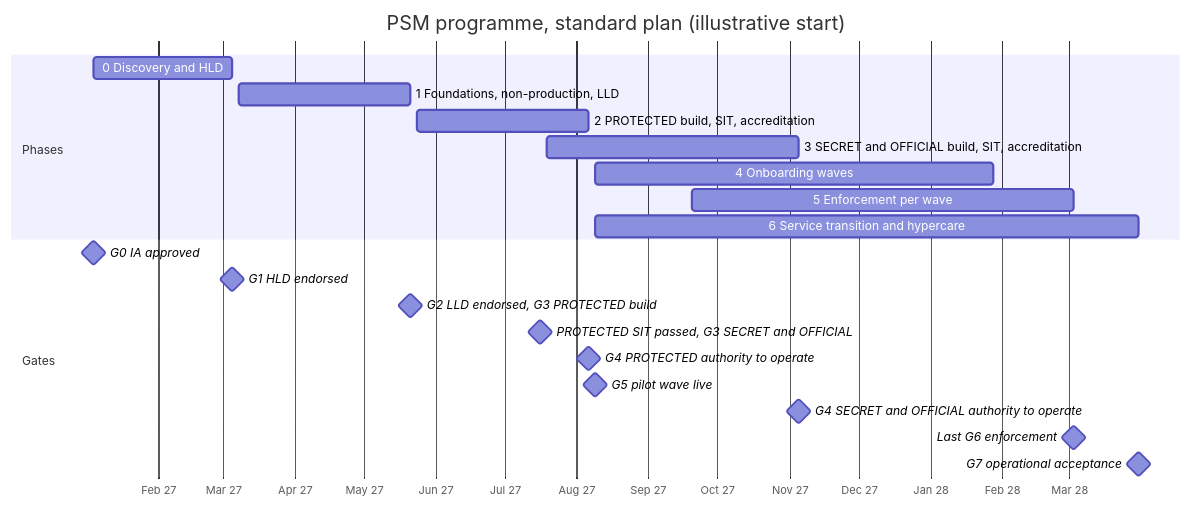
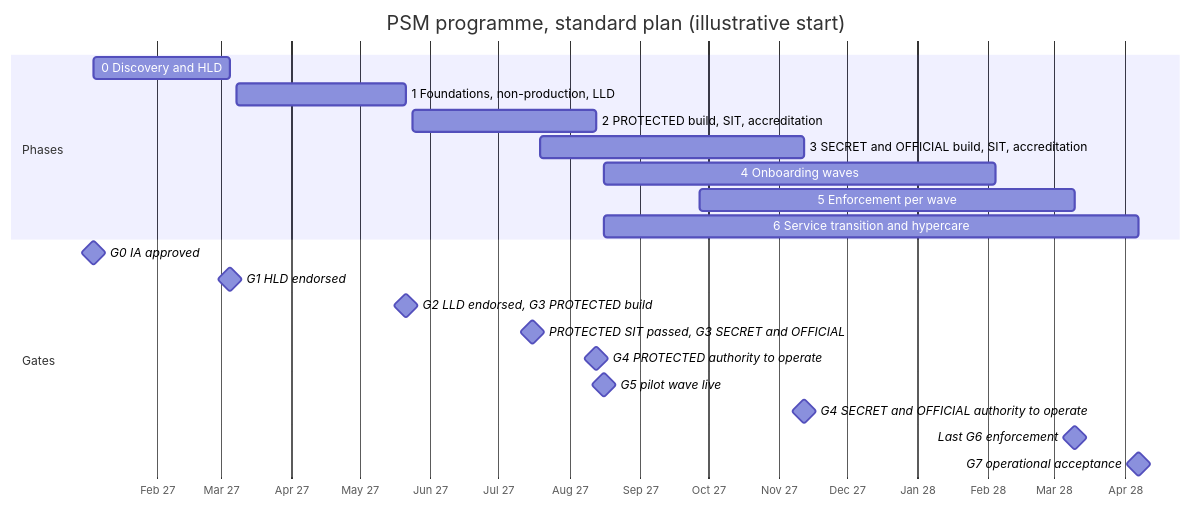
The tenth of 11 diagrams in docs/cyberark-psm/impact-assessment.md (cnampalli/CB-Raap-Vault), drawn with Mermaid before and after one commit. The commit also changed other lines of this file, not shown here.

````diff
--- a/docs/cyberark-psm/impact-assessment.md
+++ b/docs/cyberark-psm/impact-assessment.md
@@ -1598,24 +1595,24 @@
 ```mermaid
 gantt
     title PSM programme, standard plan (illustrative start)
     dateFormat YYYY-MM-DD
     axisFormat %b %y
     section Phases
     0 Discovery and HLD                     :p0, 2027-01-04, 2027-03-05
     1 Foundations, non-production, LLD      :p1, 2027-03-08, 2027-05-21
-    2 PROTECTED build, SIT, accreditation   :p2, 2027-05-24, 2027-08-06
-    3 SECRET and OFFICIAL build, SIT, accreditation :p3, 2027-07-19, 2027-11-05
-    4 Onboarding waves                      :p4, 2027-08-09, 2028-01-28
-    5 Enforcement per wave                  :p5, 2027-09-20, 2028-03-03
-    6 Service transition and hypercare      :p6, 2027-08-09, 2028-03-31
+    2 PROTECTED build, SIT, accreditation   :p2, 2027-05-24, 2027-08-13
+    3 SECRET and OFFICIAL build, SIT, accreditation :p3, 2027-07-19, 2027-11-12
+    4 Onboarding waves                      :p4, 2027-08-16, 2028-02-04
+    5 Enforcement per wave                  :p5, 2027-09-27, 2028-03-10
+    6 Service transition and hypercare      :p6, 2027-08-16, 2028-04-07
     section Gates
     G0 IA approved                          :milestone, g0, 2027-01-04, 0d
     G1 HLD endorsed                         :milestone, g1, 2027-03-05, 0d
     G2 LLD endorsed, G3 PROTECTED build     :milestone, g2, 2027-05-21, 0d
     PROTECTED SIT passed, G3 SECRET and OFFICIAL :milestone, s1, 2027-07-16, 0d
-    G4 PROTECTED authority to operate       :milestone, g4a, 2027-08-06, 0d
-    G5 pilot wave live                      :milestone, g5, 2027-08-09, 0d
-    G4 SECRET and OFFICIAL authority to operate :milestone, g4b, 2027-11-05, 0d
-    Last G6 enforcement                     :milestone, g6, 2028-03-03, 0d
-    G7 operational acceptance               :milestone, g7, 2028-03-31, 0d
+    G4 PROTECTED authority to operate       :milestone, g4a, 2027-08-13, 0d
+    G5 pilot wave live                      :milestone, g5, 2027-08-16, 0d
+    G4 SECRET and OFFICIAL authority to operate :milestone, g4b, 2027-11-12, 0d
+    Last G6 enforcement                     :milestone, g6, 2028-03-10, 0d
+    G7 operational acceptance               :milestone, g7, 2028-04-07, 0d
 ```
````
